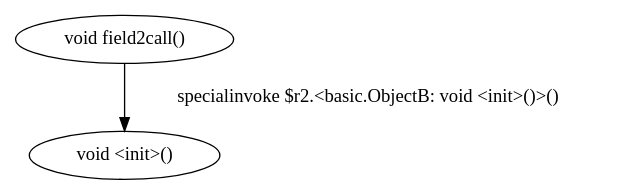
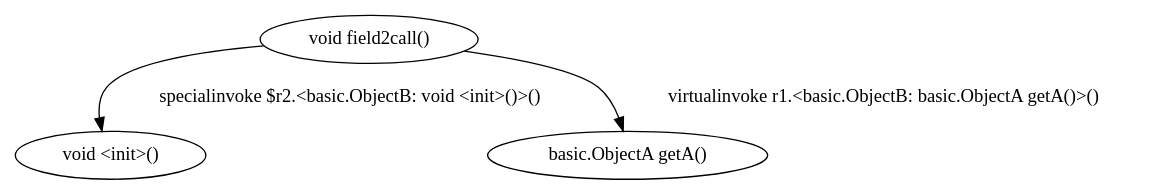
One commit to SeanCoek/zString changed the diagram in dot/<assignment.BasicAssignment: void field2call()>.dot. Above: the diagram before and after it, drawn with Graphviz. The commit also changed 13 other files, not shown here.

```diff
--- a/dot/<assignment.BasicAssignment: void field2call()>.dot
+++ b/dot/<assignment.BasicAssignment: void field2call()>.dot
@@ -1,5 +1,7 @@
 digraph g {
-1[label="void <init>()"]
+2[label="void <init>()"]
 0[label="void field2call()"]
-0->1[label="specialinvoke $r2.<basic.ObjectB: void <init>()>()"]
+1[label="basic.ObjectA getA()"]
+0->1[label="virtualinvoke r1.<basic.ObjectB: basic.ObjectA getA()>()"]
+0->2[label="specialinvoke $r2.<basic.ObjectB: void <init>()>()"]
 }
```
